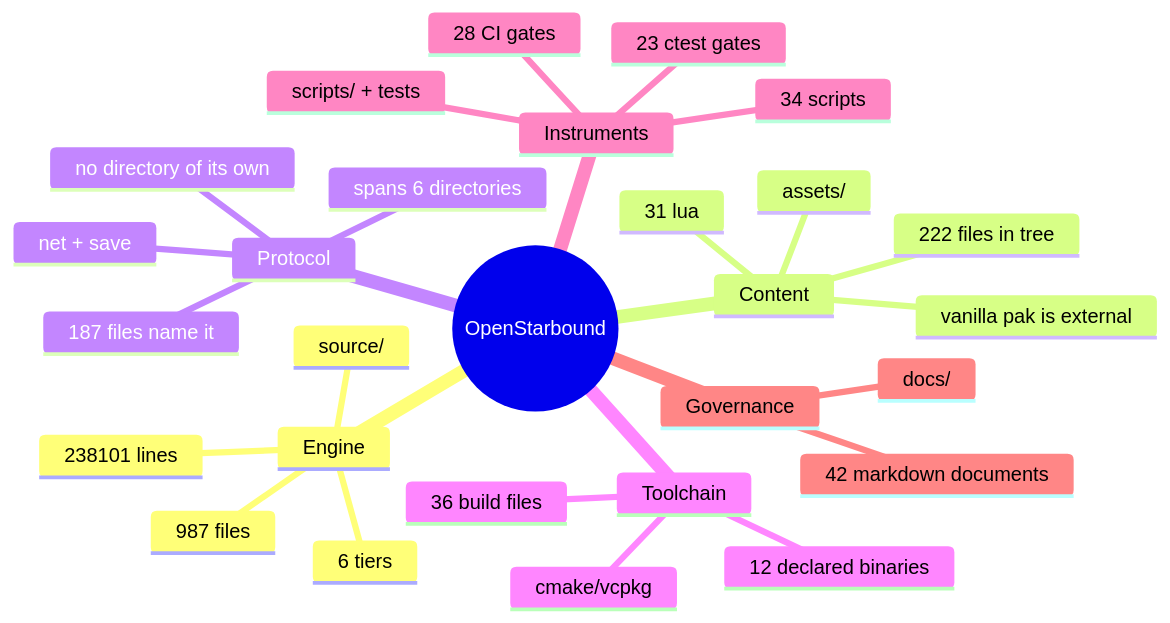
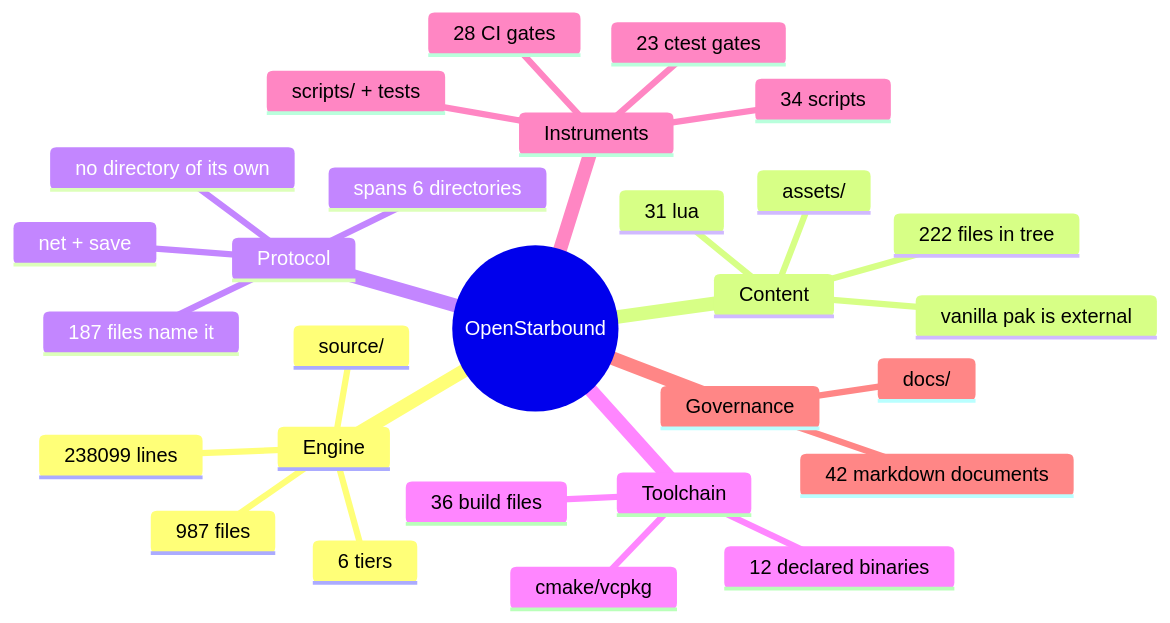
One commit to apnex/OpenStarbound changed the second of 11 diagrams in docs/architecture/system-boundaries.md. Above: the diagram before and after it, drawn with Mermaid. The commit also changed other lines of this file and 2 other files, not shown here.

````diff
--- a/docs/architecture/system-boundaries.md
+++ b/docs/architecture/system-boundaries.md
@@ -166,31 +166,31 @@
 ```mermaid
 mindmap
   root((OpenStarbound))
     Engine
       source/
       987 files
-      238101 lines
+      238099 lines
       6 tiers
     Content
       assets/
       222 files in tree
       31 lua
       vanilla pak is external
     Protocol
       net + save
       187 files name it
       spans 6 directories
       no directory of its own
     Toolchain
       cmake/vcpkg
       36 build files
       12 declared binaries
     Instruments
       scripts/ + tests
       34 scripts
       23 ctest gates
       28 CI gates
     Governance
       docs/
       42 markdown documents
 ```
````
